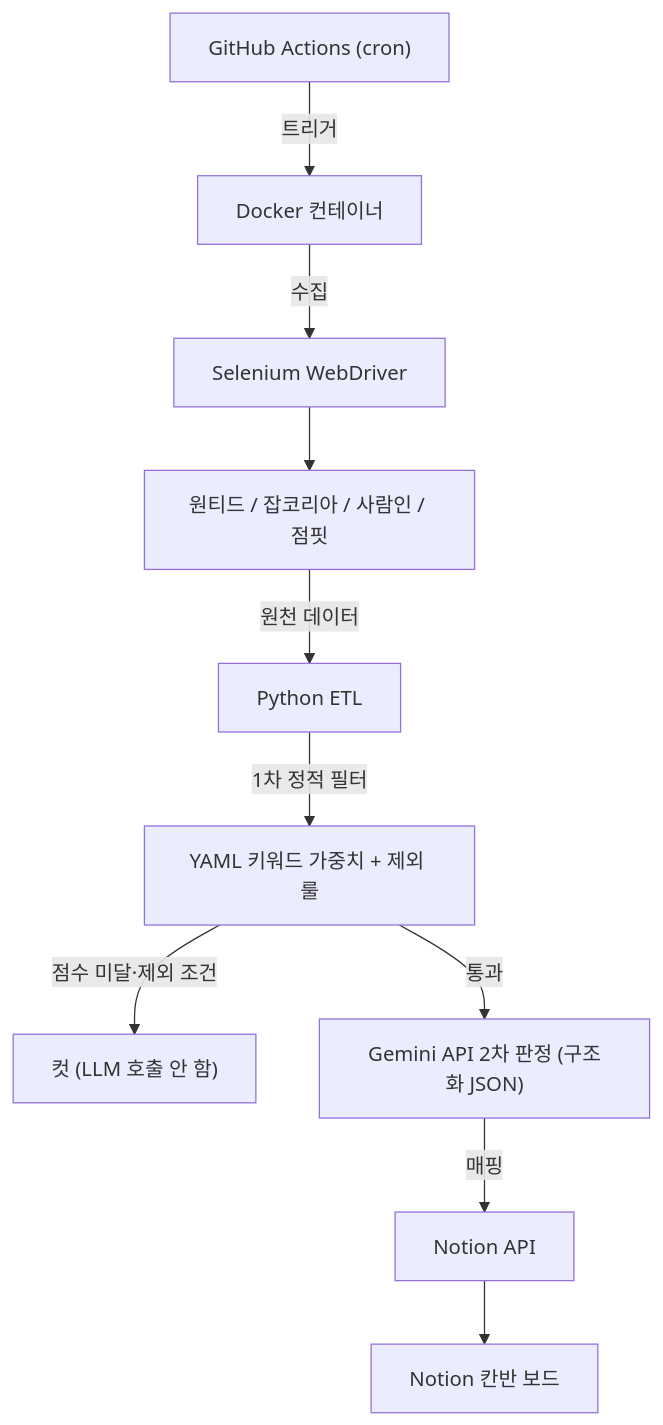
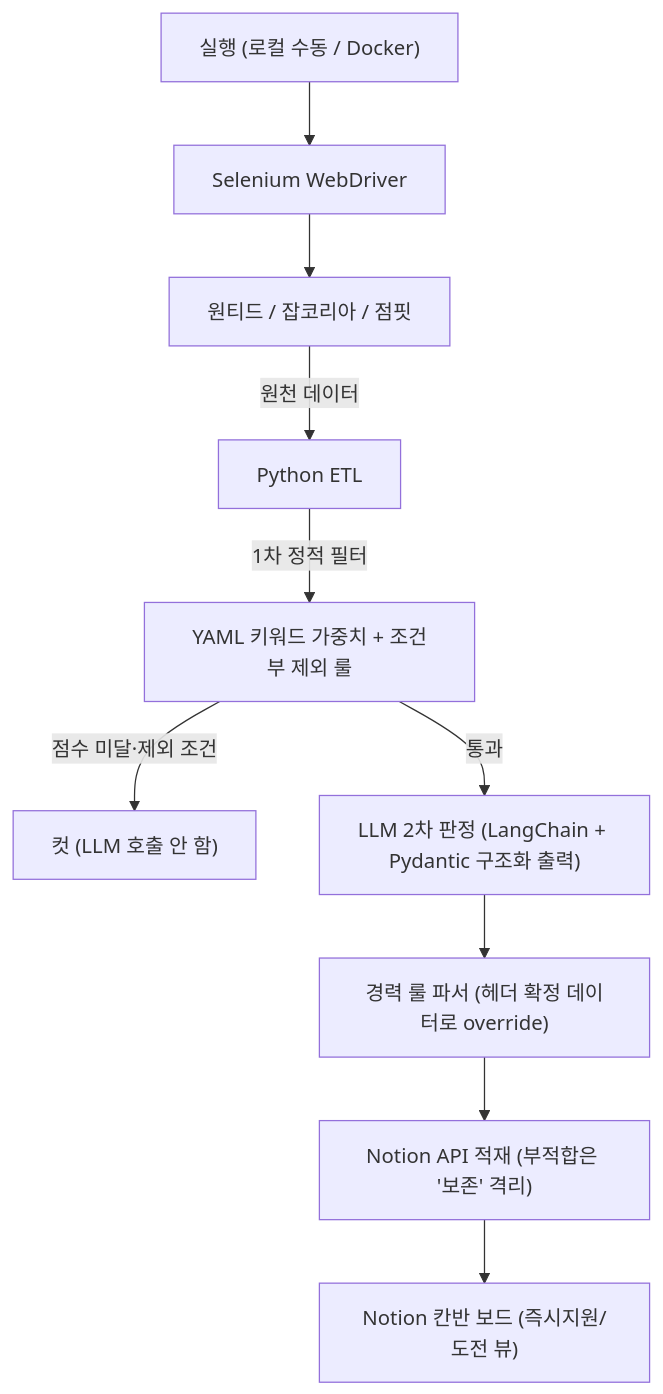
Before and after one commit to hoyonzz/web-crawler: the diagram in README.md, drawn with Mermaid. The commit also changed other lines of this file, not shown here.

````diff
--- a/README.md
+++ b/README.md
@@ -40,12 +41,12 @@
 ```mermaid
 graph TD
-    A["GitHub Actions (cron)"] -->|트리거| B["Docker 컨테이너"]
-    B -->|수집| C["Selenium WebDriver"]
-    C --> D["원티드 / 잡코리아 / 사람인 / 점핏"]
-    D -->|원천 데이터| E["Python ETL"]
-    E -->|1차 정적 필터| F["YAML 키워드 가중치 + 제외 룰"]
-    F -->|점수 미달·제외 조건| X["컷 (LLM 호출 안 함)"]
-    F -->|통과| G["Gemini API 2차 판정 (구조화 JSON)"]
-    G -->|매핑| H["Notion API"]
-    H --> I["Notion 칸반 보드"]
+    A["실행 (로컬 수동 / Docker)"] --> B["Selenium WebDriver"]
+    B --> C["원티드 / 잡코리아 / 점핏"]
+    C -->|원천 데이터| D["Python ETL"]
+    D -->|1차 정적 필터| E["YAML 키워드 가중치 + 조건부 제외 룰"]
+    E -->|점수 미달·제외 조건| X["컷 (LLM 호출 안 함)"]
+    E -->|통과| F["LLM 2차 판정 (LangChain + Pydantic 구조화 출력)"]
+    F --> G["경력 룰 파서 (헤더 확정 데이터로 override)"]
+    G --> H["Notion API 적재 (부적합은 '보존' 격리)"]
+    H --> I["Notion 칸반 보드 (즉시지원/도전 뷰)"]
 ```
````
